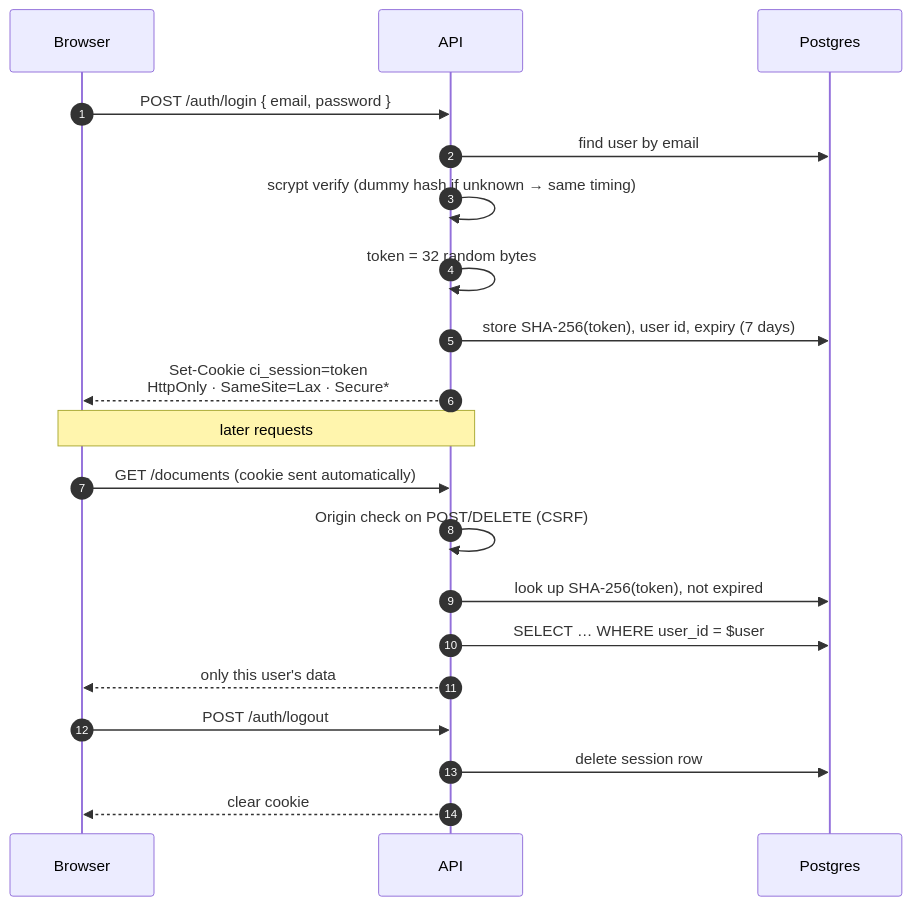
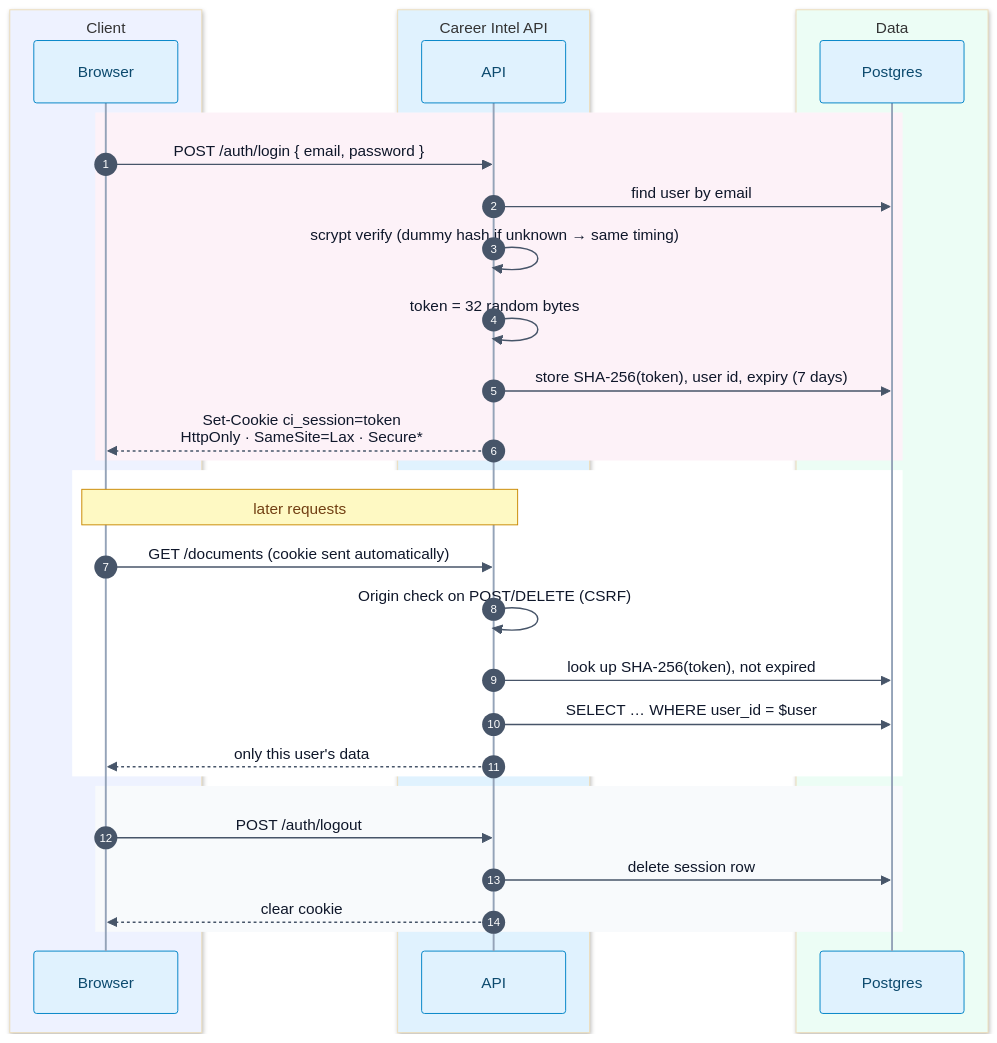
Before and after one commit to mrussum/practice-intel: the sixth of 9 diagrams in docs/architecture.md, drawn with Mermaid. The commit also changed other lines of this file, not shown here.

First line of the commit message:
docs: colour-code the architecture diagrams

````diff
--- a/docs/architecture.md
+++ b/docs/architecture.md
@@ -192,25 +262,38 @@
 ```mermaid
+%%{init: {"theme":"base","themeVariables":{"actorBkg":"#E0F2FE","actorBorder":"#0284C7","actorTextColor":"#0C4A6E","actorLineColor":"#94A3B8","signalColor":"#475569","signalTextColor":"#0F172A","noteBkgColor":"#FEF9C3","noteBorderColor":"#CA8A04","noteTextColor":"#713F12","labelBoxBkgColor":"#EEF2FF","labelBoxBorderColor":"#6366F1","labelTextColor":"#312E81","loopTextColor":"#312E81","sequenceNumberColor":"#FFFFFF","activationBkgColor":"#E0F2FE"}}}%%
 sequenceDiagram
   autonumber
-  participant B as Browser
-  participant A as API
-  participant S as Postgres
+  box rgb(238, 242, 255) Client
+    participant B as Browser
+  end
+  box rgb(224, 242, 254) Career Intel API
+    participant A as API
+  end
+  box rgb(236, 253, 245) Data
+    participant S as Postgres
+  end
 
+  rect rgb(253, 242, 248)
   B->>A: POST /auth/login { email, password }
   A->>S: find user by email
   A->>A: scrypt verify (dummy hash if unknown → same timing)
   A->>A: token = 32 random bytes
   A->>S: store SHA-256(token), user id, expiry (7 days)
   A-->>B: Set-Cookie ci_session=token<br/>HttpOnly · SameSite=Lax · Secure*
+  end
 
+  rect rgb(255, 255, 255)
   Note over B,A: later requests
   B->>A: GET /documents (cookie sent automatically)
   A->>A: Origin check on POST/DELETE (CSRF)
   A->>S: look up SHA-256(token), not expired
   A->>S: SELECT … WHERE user_id = $user
   A-->>B: only this user's data
+  end
 
+  rect rgb(248, 250, 252)
   B->>A: POST /auth/logout
   A->>S: delete session row
   A-->>B: clear cookie
+  end
 ```
````
